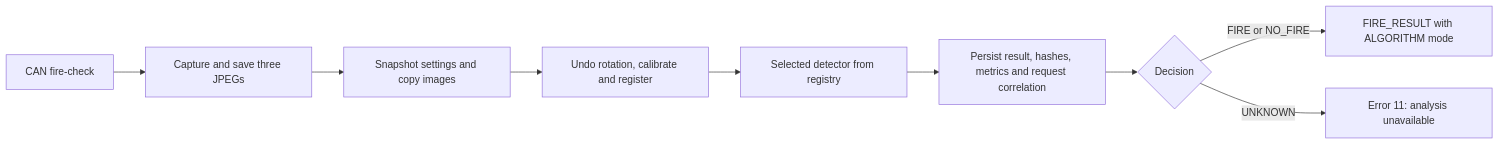
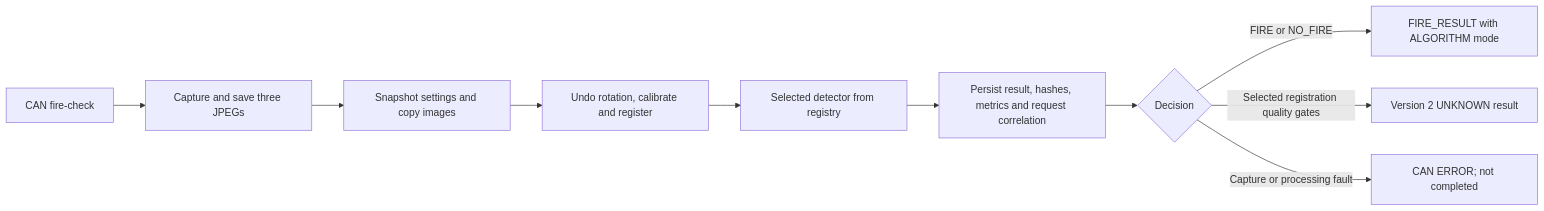
The second of 3 diagrams in docs/user/payload.md (ngrabbs/ember), drawn with Mermaid before and after one commit. The commit also changed other lines of this file, not shown here.

Commit message:
Document explicit quality outcomes and UHF demonstration limits

````diff
--- a/docs/user/payload.md
+++ b/docs/user/payload.md
@@ -88,11 +88,12 @@
 ```mermaid
 flowchart LR
     C[CAN fire-check] --> A[Capture and save three JPEGs]
     A --> S[Snapshot settings and copy images]
     S --> P[Undo rotation, calibrate and register]
     P --> D[Selected detector from registry]
     D --> E[Persist result, hashes, metrics and request correlation]
     E --> K{Decision}
     K -->|FIRE or NO_FIRE| R[FIRE_RESULT with ALGORITHM mode]
-    K -->|UNKNOWN| U[Error 11: analysis unavailable]
+    K -->|Selected registration quality gates| U[Version 2 UNKNOWN result]
+    K -->|Capture or processing fault| F[CAN ERROR; not completed]
 ```
````
